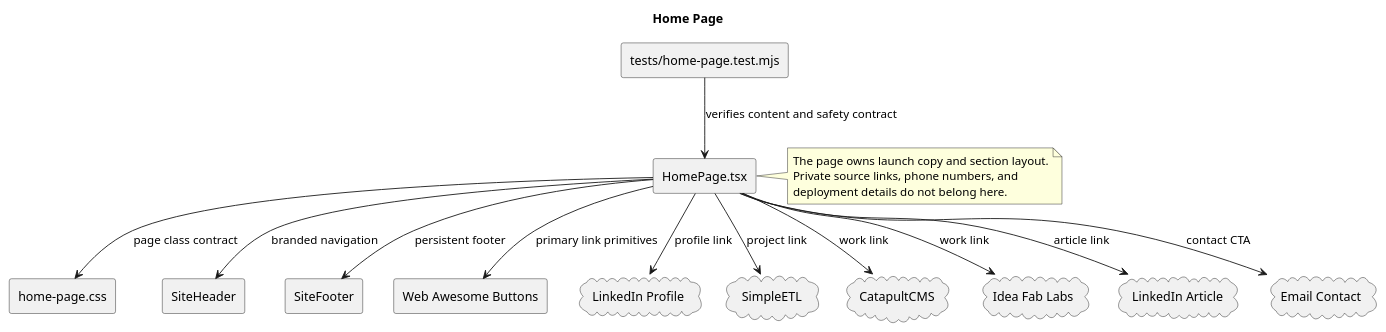
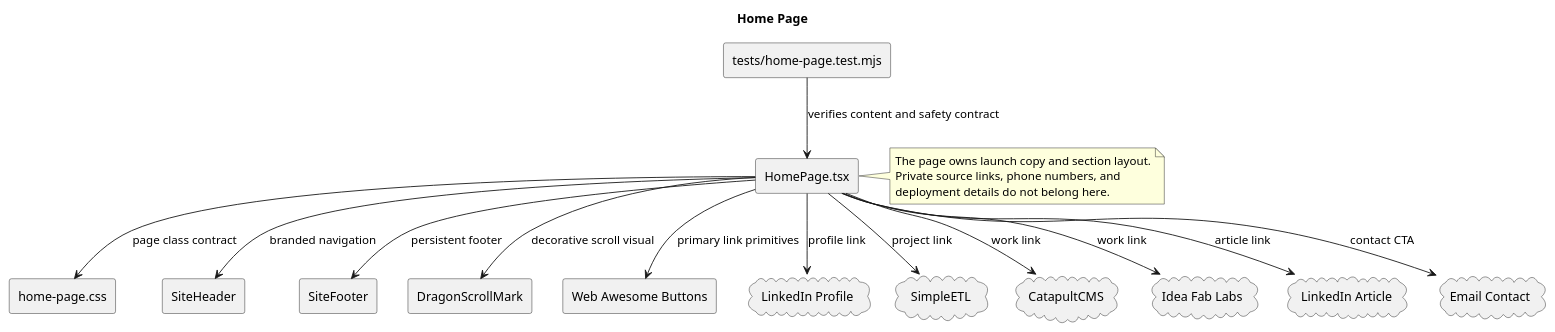
Before and after one commit to bonecutter-hierophant/Bonecutters: the diagram in client/src/pages/home/home-page.puml, drawn with PlantUML. The commit also changed 14 other files, not shown here.

Commit message:
Add dragon scroll animation mark

```diff
--- a/client/src/pages/home/home-page.puml
+++ b/client/src/pages/home/home-page.puml
@@ -1,36 +1,38 @@
 @startuml
 title Home Page
 skinparam componentStyle rectangle
 
 component "HomePage.tsx" as HomePage
 component "home-page.css" as Styles
 component "tests/home-page.test.mjs" as Tests
 component "SiteHeader" as SiteHeader
 component "SiteFooter" as SiteFooter
+component "DragonScrollMark" as DragonScrollMark
 component "Web Awesome Buttons" as WebAwesomeButtons
 cloud "LinkedIn Profile" as LinkedIn
 cloud "SimpleETL" as SimpleETL
 cloud "CatapultCMS" as CatapultCMS
 cloud "Idea Fab Labs" as IdeaFabLabs
 cloud "LinkedIn Article" as Writing
 cloud "Email Contact" as Email
 
 HomePage --> Styles : page class contract
 HomePage --> SiteHeader : branded navigation
+HomePage --> DragonScrollMark : decorative scroll visual
 HomePage --> SiteFooter : persistent footer
 HomePage --> WebAwesomeButtons : primary link primitives
 HomePage --> LinkedIn : profile link
 HomePage --> SimpleETL : project link
 HomePage --> CatapultCMS : work link
 HomePage --> IdeaFabLabs : work link
 HomePage --> Writing : article link
 HomePage --> Email : contact CTA
 Tests --> HomePage : verifies content and safety contract
 
 note right of HomePage
 The page owns launch copy and section layout.
 Private source links, phone numbers, and
 deployment details do not belong here.
 end note
 
 @enduml
```
